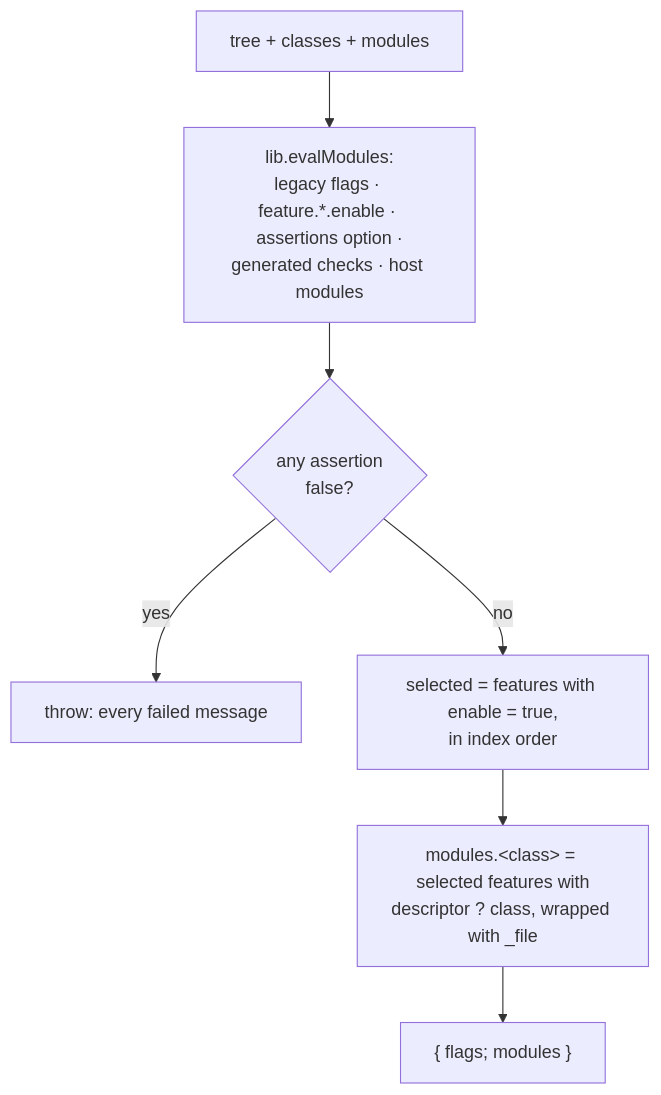
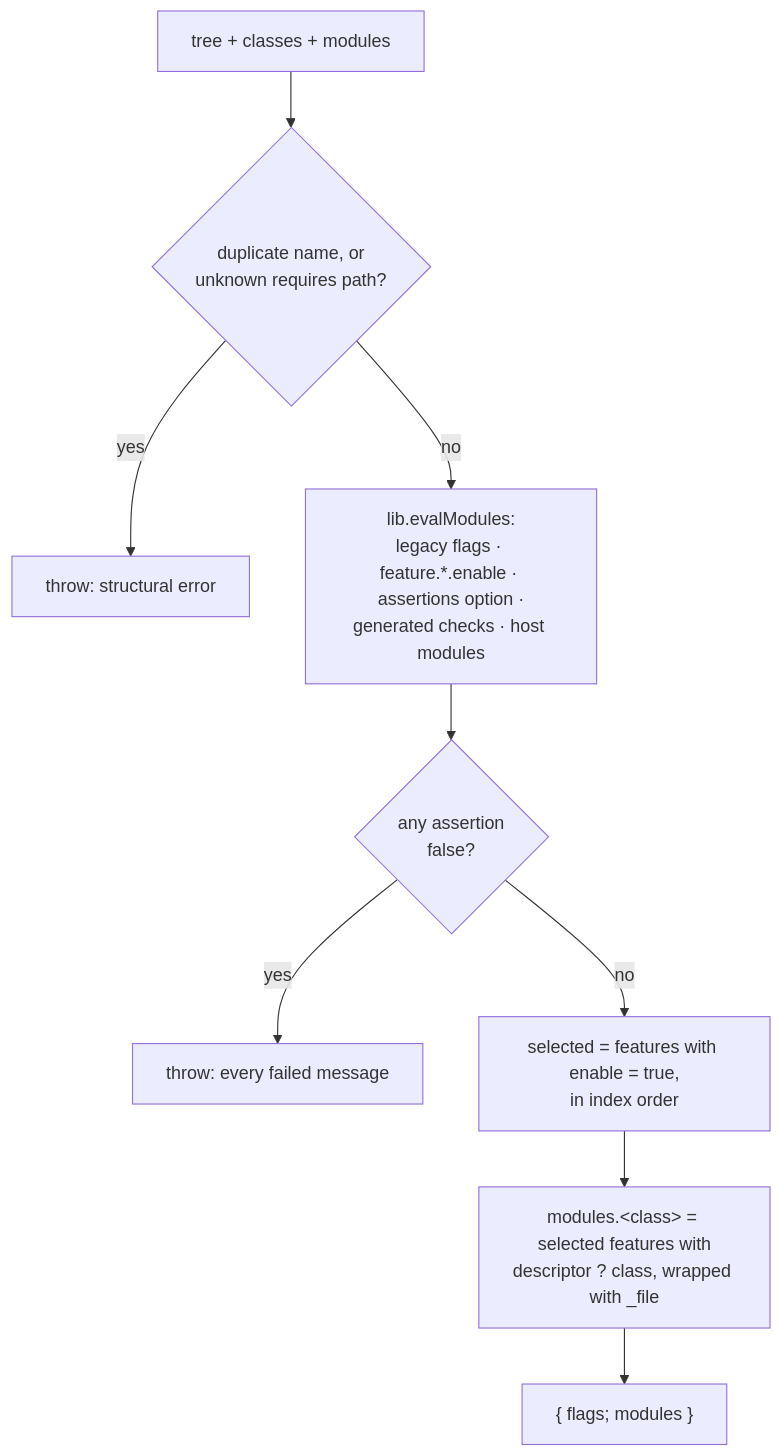
The second of 3 diagrams in flakes/.doctrine/slice/001/design.md (davidlee/nix-config), drawn with Mermaid before and after one commit. The commit also changed other lines of this file and 3 other files, not shown here.

````diff
--- a/flakes/.doctrine/slice/001/design.md
+++ b/flakes/.doctrine/slice/001/design.md
@@ -211,9 +211,11 @@
 ```mermaid
 flowchart TD
-  A["tree + classes + modules"] --> B["lib.evalModules:<br/>legacy flags · feature.*.enable · assertions option ·<br/>generated checks · host modules"]
+  A["tree + classes + modules"] --> S{"duplicate name, or<br/>unknown requires path?"}
+  S -->|yes| X0["throw: structural error"]
+  S -->|no| B["lib.evalModules:<br/>legacy flags · feature.*.enable · assertions option ·<br/>generated checks · host modules"]
   B --> C{"any assertion<br/>false?"}
   C -->|yes| X["throw: every failed message"]
   C -->|no| D["selected = features with enable = true,<br/>in index order"]
   D --> E["modules.&lt;class&gt; = selected features with<br/>descriptor ? class, wrapped with _file"]
   E --> F["{ flags; modules }"]
 ```
````
